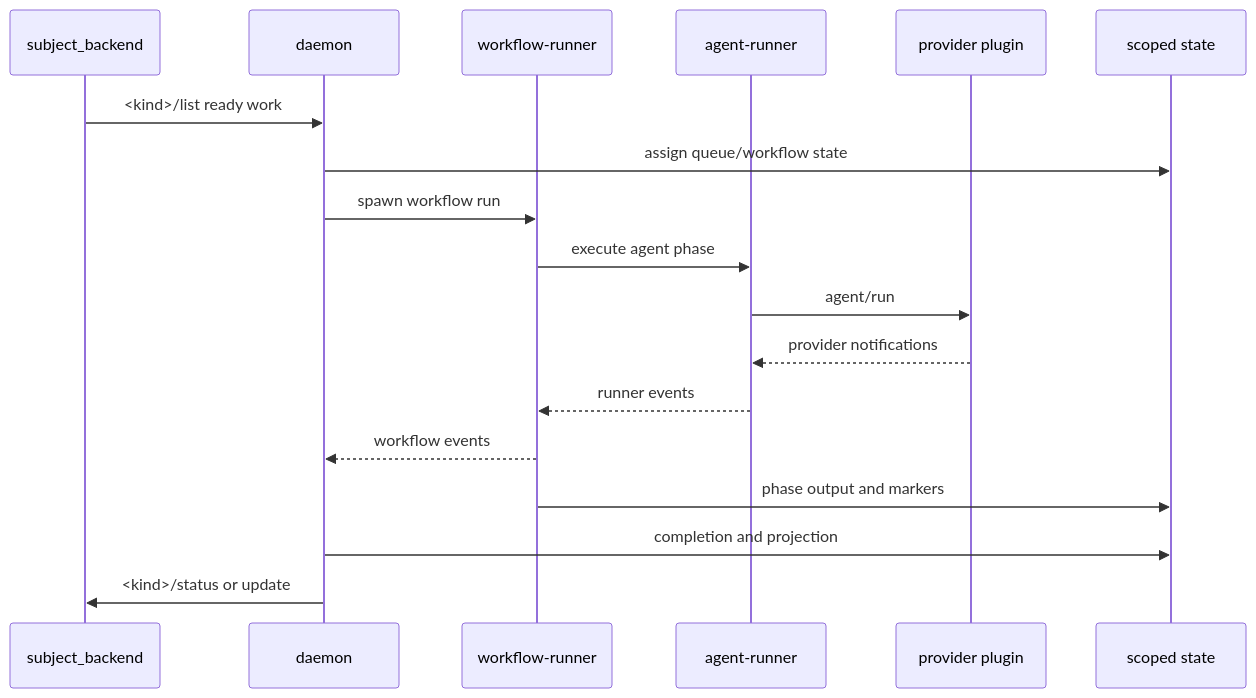
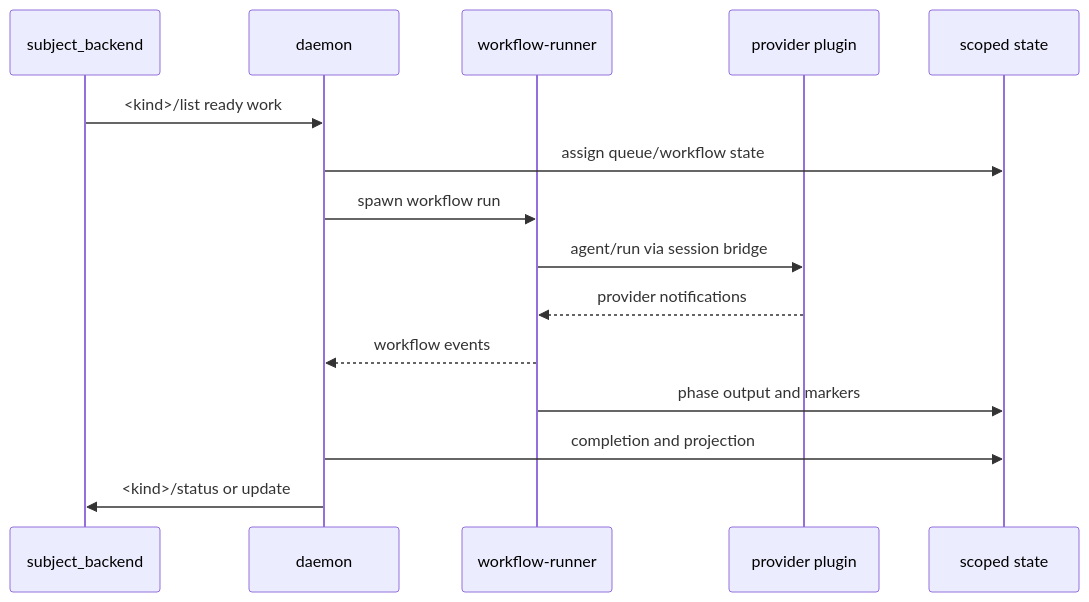
Before and after one commit to launchapp-dev/animus-cli: the second of 2 diagrams in docs/architecture/full-system-architecture.md, drawn with Mermaid. The commit also changed other lines of this file and 8 other files, not shown here.

````diff
--- a/docs/architecture/full-system-architecture.md
+++ b/docs/architecture/full-system-architecture.md
@@ -470,21 +465,18 @@
 ```mermaid
 sequenceDiagram
     participant Subject as subject_backend
     participant Daemon as daemon
     participant Runner as workflow-runner
-    participant Agent as agent-runner
     participant Provider as provider plugin
     participant State as scoped state
 
     Subject->>Daemon: <kind>/list ready work
     Daemon->>State: assign queue/workflow state
     Daemon->>Runner: spawn workflow run
-    Runner->>Agent: execute agent phase
-    Agent->>Provider: agent/run
-    Provider-->>Agent: provider notifications
-    Agent-->>Runner: runner events
+    Runner->>Provider: agent/run via session bridge
+    Provider-->>Runner: provider notifications
     Runner-->>Daemon: workflow events
     Runner->>State: phase output and markers
     Daemon->>State: completion and projection
     Daemon->>Subject: <kind>/status or update
 ```
````
